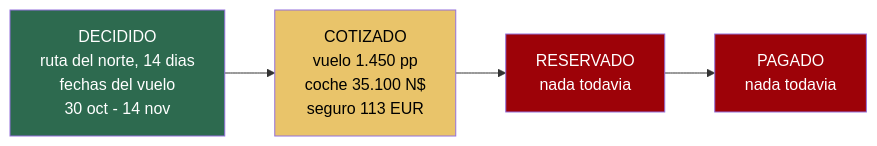
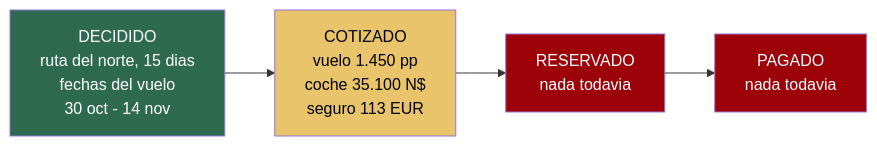
The first of 6 diagrams in README.md (morandeirachema/namibia), drawn with Mermaid before and after one commit. The commit also changed other lines of this file and 20 other files, not shown here.

````diff
--- a/README.md
+++ b/README.md
@@ -35,10 +35,10 @@
 ```mermaid
 flowchart LR
-    D["DECIDIDO<br/>ruta del norte, 14 dias<br/>fechas del vuelo<br/>30 oct - 14 nov"] --> C["COTIZADO<br/>vuelo 1.450 pp<br/>coche 35.100 N$<br/>seguro 113 EUR"]
+    D["DECIDIDO<br/>ruta del norte, 15 dias<br/>fechas del vuelo<br/>30 oct - 14 nov"] --> C["COTIZADO<br/>vuelo 1.450 pp<br/>coche 35.100 N$<br/>seguro 113 EUR"]
     C --> R["RESERVADO<br/>nada todavia"]
     R --> P["PAGADO<br/>nada todavia"]
     style D fill:#2d6a4f,color:#fff
     style C fill:#e9c46a,color:#000
     style R fill:#9d0208,color:#fff
     style P fill:#9d0208,color:#fff
 ```
````
